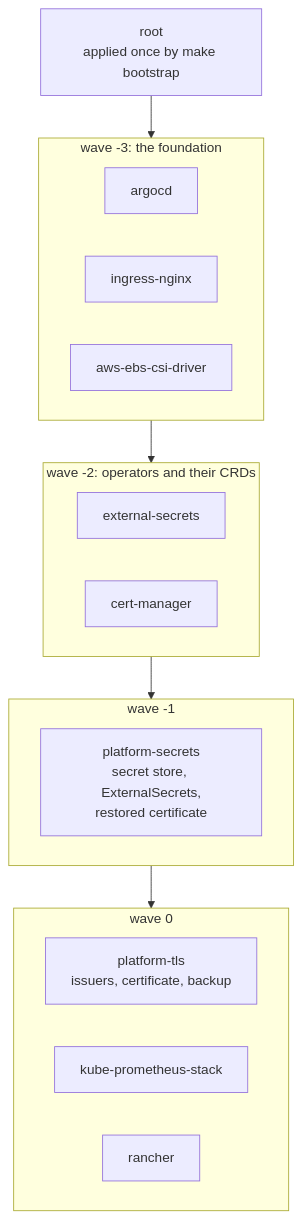
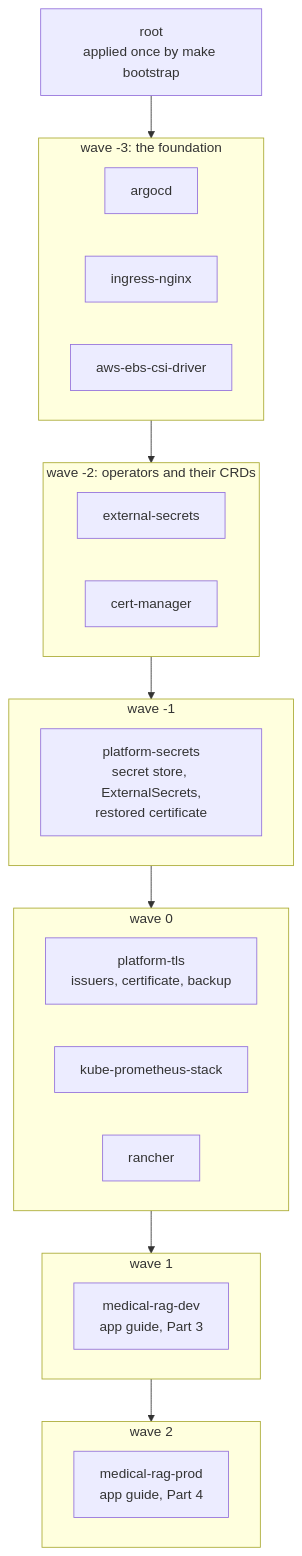
The third of 8 diagrams in docs/gitops/README.md (biabeogo147/Medical-RAG-Chatbot), drawn with Mermaid before and after one commit. The commit also changed other lines of this file and 5 other files, not shown here.

First line of the commit message:
Explain Argo CD with diagrams

````diff
--- a/docs/gitops/README.md
+++ b/docs/gitops/README.md
@@ -105,24 +106,30 @@
 ```mermaid
 flowchart TB
     ROOT["root<br/>applied once by make bootstrap"]
 
     subgraph W3["wave -3: the foundation"]
         ARGO["argocd"]
         ING["ingress-nginx"]
         EBS["aws-ebs-csi-driver"]
     end
     subgraph W2["wave -2: operators and their CRDs"]
         ESO["external-secrets"]
         CM["cert-manager"]
     end
     subgraph W1["wave -1"]
         PS["platform-secrets<br/>secret store, ExternalSecrets,<br/>restored certificate"]
     end
     subgraph W0["wave 0"]
         TLS["platform-tls<br/>issuers, certificate, backup"]
         MON["kube-prometheus-stack"]
         RAN["rancher"]
     end
+    subgraph WAPP1["wave 1"]
+        DEVAPP["medical-rag-dev<br/>app guide, Part 3"]
+    end
+    subgraph WAPP2["wave 2"]
+        PRODAPP["medical-rag-prod<br/>app guide, Part 4"]
+    end
 
-    ROOT --> W3 --> W2 --> W1 --> W0
+    ROOT --> W3 --> W2 --> W1 --> W0 --> WAPP1 --> WAPP2
 ```
````
